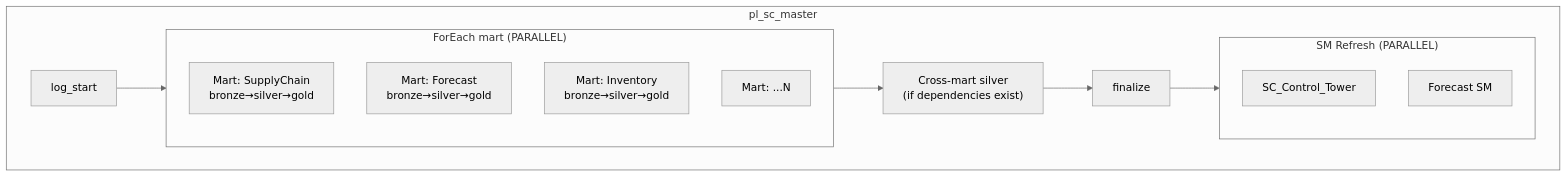
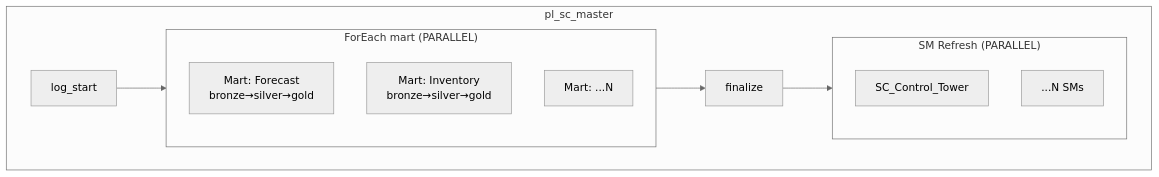
The eighth of 9 diagrams in README.md (ankinguyen-engineer-2002/Fabric-v9-Warehouse-Medallion), drawn with Mermaid (neutral theme) before and after one commit. The commit also changed other lines of this file and 9 other files, not shown here.

````diff
--- a/README.md
+++ b/README.md
@@ -285,19 +328,17 @@
 ```mermaid
 flowchart TD
     subgraph MASTER["pl_sc_master"]
         LS["log_start"]
         subgraph MARTS["ForEach mart (PARALLEL)"]
-            M1["Mart: SupplyChain\nbronze→silver→gold"]
-            M2["Mart: Forecast\nbronze→silver→gold"]
-            M3["Mart: Inventory\nbronze→silver→gold"]
+            M1["Mart: Forecast\nbronze→silver→gold"]
+            M2["Mart: Inventory\nbronze→silver→gold"]
             MN["Mart: ...N"]
         end
-        CROSS["Cross-mart silver\n(if dependencies exist)"]
         FIN["finalize"]
         subgraph SMS["SM Refresh (PARALLEL)"]
             SM1["SC_Control_Tower"]
-            SM2["Forecast SM"]
+            SM2["...N SMs"]
         end
-        LS --> MARTS --> CROSS --> FIN --> SMS
+        LS --> MARTS --> FIN --> SMS
     end
 ```
````
